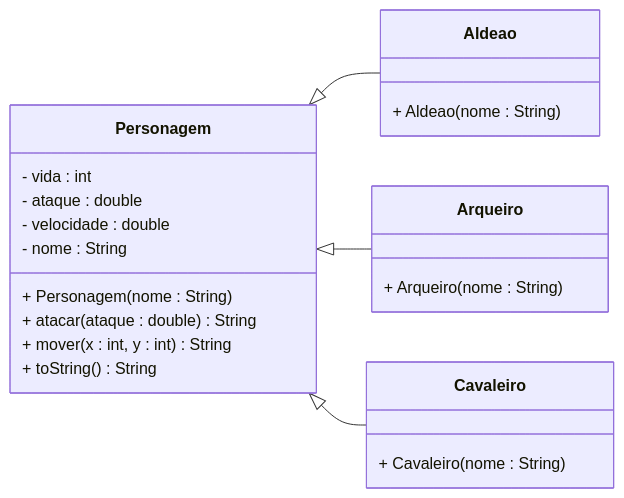
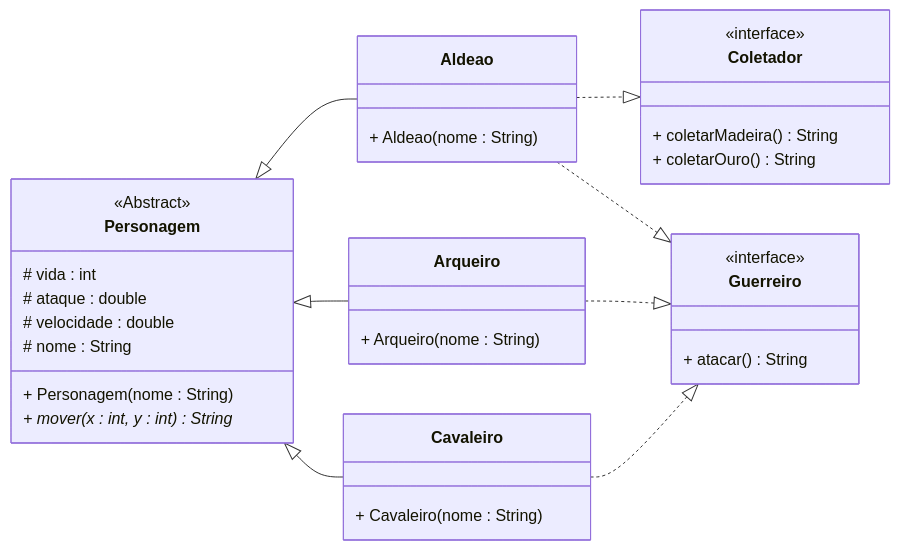
Before and after one commit to yanvpp/POO: the diagram in aula_20/JavaOfEmpires/Readme.md, drawn with Mermaid.

Commit message:
atualizando diagrama UML

````diff
--- a/aula_20/JavaOfEmpires/Readme.md
+++ b/aula_20/JavaOfEmpires/Readme.md
@@ -3,32 +3,47 @@
 ```mermaid
 classDiagram
 direction LR
 
     Personagem <|-- Aldeao
     Personagem <|-- Arqueiro
     Personagem <|-- Cavaleiro
+    Aldeao ..|> Coletador
+    Aldeao ..|> Guerreiro
+    Arqueiro ..|> Guerreiro
+    Cavaleiro ..|> Guerreiro
 
     class Personagem {
-        - vida : int
-        - ataque : double
-        - velocidade : double
-        - nome : String
+        <<Abstract>>
+        
+        # vida : int
+        # ataque : double
+        # velocidade : double
+        # nome : String
         + Personagem(nome : String)
-        + atacar(ataque : double) String
-        + mover(x : int, y : int) String
-        + toString() String
+        + mover(x : int, y : int) String*
+    }
+
+    class Coletador {
+        <<interface>>
+        + coletarMadeira() String
+        + coletarOuro() String
+    }
+
+    class Guerreiro {
+        <<interface>>
+        + atacar() String
     }
 
     class Aldeao {
         + Aldeao(nome : String)
     }
 
     class Arqueiro {
         + Arqueiro(nome : String)
     }
 
     class Cavaleiro {
         + Cavaleiro(nome : String)
     }
 
 ```
````
